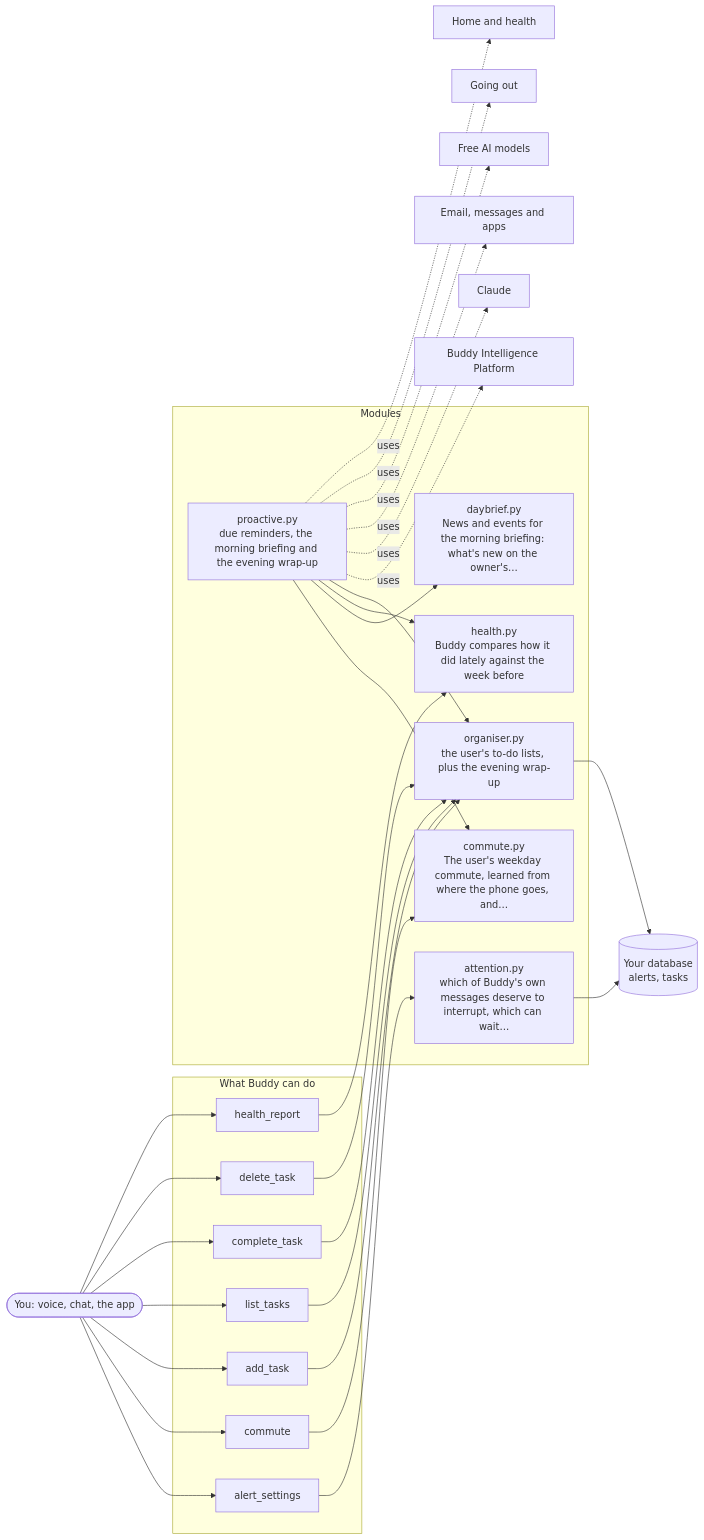
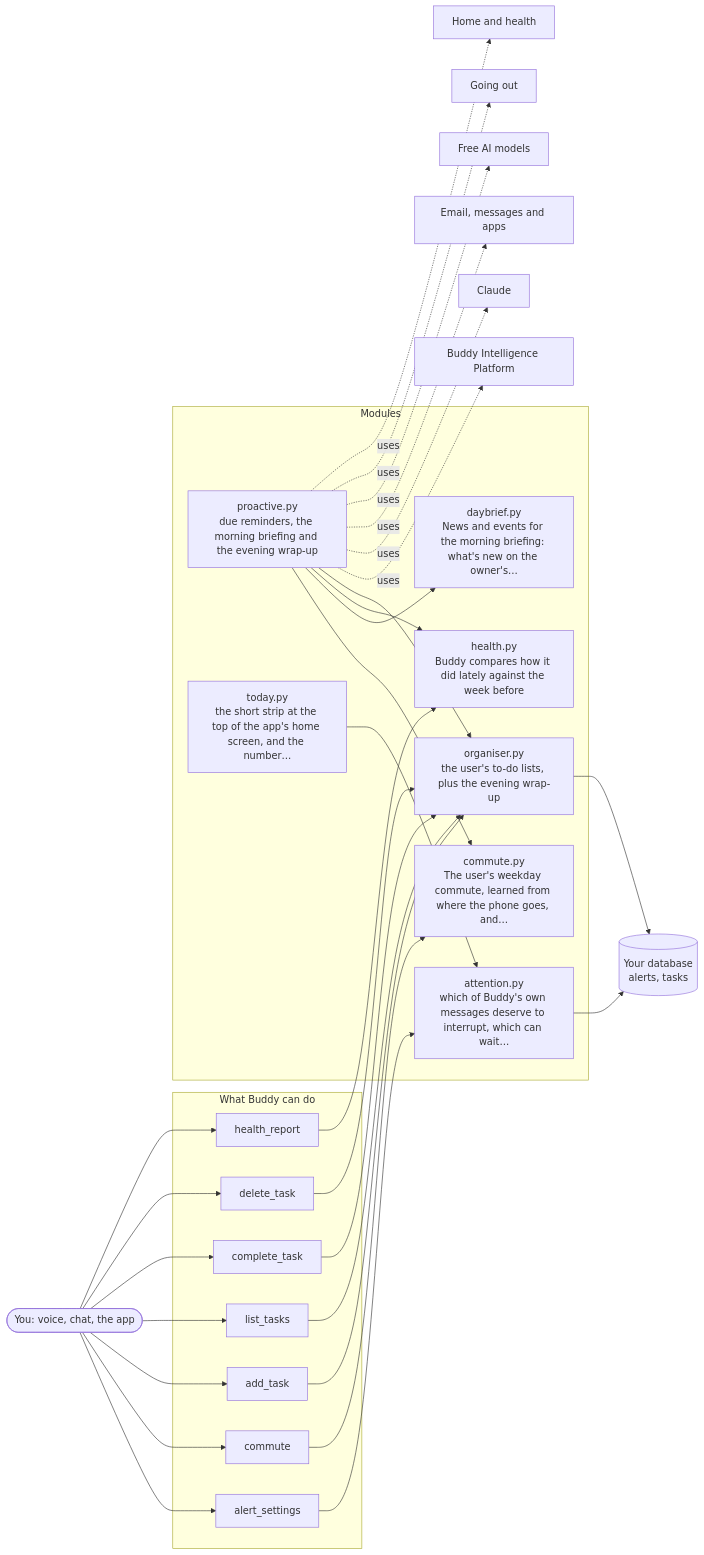
The diagram in docs/architecture/07-speaking-up-on-its-own.md (aneesh304810/BuddyAgent), drawn with Mermaid before and after one commit. The commit also changed other lines of this file and 13 other files, not shown here.

First line of the commit message:
App: a Today strip above the conversation, a count on the bell, and the shared call card for themes

````diff
--- a/docs/architecture/07-speaking-up-on-its-own.md
+++ b/docs/architecture/07-speaking-up-on-its-own.md
@@ -7,54 +7,56 @@
 ```mermaid
 flowchart LR
     you(["You: voice, chat, the app"])
     subgraph Tools["What Buddy can do"]
         t_alert_settings["alert_settings"]
         t_commute["commute"]
         t_add_task["add_task"]
         t_list_tasks["list_tasks"]
         t_complete_task["complete_task"]
         t_delete_task["delete_task"]
         t_health_report["health_report"]
     end
     subgraph Modules["Modules"]
         proactive_py["proactive.py<br/>due reminders, the morning briefing and the evening wrap-up"]
         attention_py["attention.py<br/>which of Buddy's own messages deserve to interrupt, which can wait…"]
+        today_py["today.py<br/>the short strip at the top of the app's home screen, and the number…"]
         daybrief_py["daybrief.py<br/>News and events for the morning briefing: what's new on the owner's…"]
         commute_py["commute.py<br/>The user's weekday commute, learned from where the phone goes, and…"]
         organiser_py["organiser.py<br/>the user's to-do lists, plus the evening wrap-up"]
         health_py["health.py<br/>Buddy compares how it did lately against the week before"]
     end
     you --> t_alert_settings
     t_alert_settings --> attention_py
     you --> t_commute
     t_commute --> commute_py
     you --> t_add_task
     t_add_task --> organiser_py
     you --> t_list_tasks
     t_list_tasks --> organiser_py
     you --> t_complete_task
     t_complete_task --> organiser_py
     you --> t_delete_task
     t_delete_task --> organiser_py
     you --> t_health_report
     t_health_report --> health_py
     proactive_py --> commute_py
     proactive_py --> daybrief_py
     proactive_py --> health_py
     proactive_py --> organiser_py
+    today_py --> attention_py
     db[("Your database<br/>alerts, tasks")]
     attention_py --> db
     organiser_py --> db
     o_0["Buddy Intelligence Platform"]
     proactive_py -. uses .-> o_0
     o_1["Claude"]
     proactive_py -. uses .-> o_1
     o_2["Email, messages and apps"]
     proactive_py -. uses .-> o_2
     o_3["Free AI models"]
     proactive_py -. uses .-> o_3
     o_4["Going out"]
     proactive_py -. uses .-> o_4
     o_5["Home and health"]
     proactive_py -. uses .-> o_5
 ```
````
